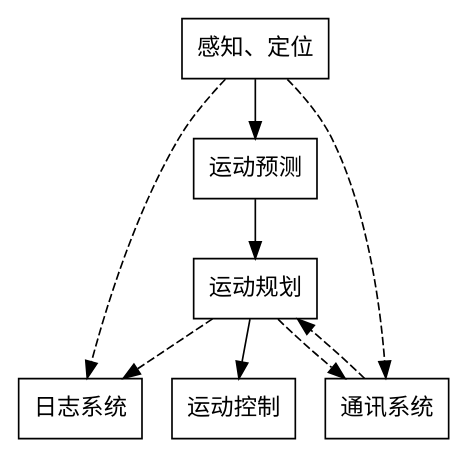
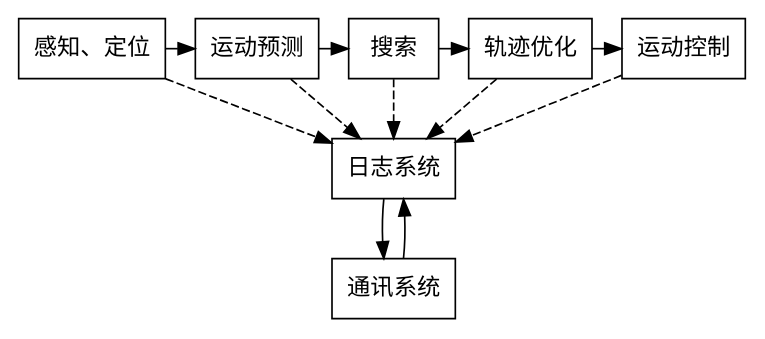
One commit to darkthecross/motion_planning_notes changed the diagram in resources_1/mobile_robot_arch.dot. Above: the diagram before and after it, drawn with Graphviz. The commit also changed 4 other files, not shown here.

```diff
--- a/resources_1/mobile_robot_arch.dot
+++ b/resources_1/mobile_robot_arch.dot
@@ -1,19 +1,34 @@
 digraph {
     "感知、定位" [shape=box]
-    "运动预测" [shape=box]
-    "运动规划" [shape=box]
-    "运动控制" [shape=box]
+
     "日志系统" [shape=box]
     "通讯系统" [shape=box]
 
-    "感知、定位" -> "运动预测"
-    "运动预测" -> "运动规划"
-    "运动规划" -> "运动控制"
+
+    subgraph "运动规划" {
+        rank=same
+        style=filled
+		bgcolor=lightgrey
+        label="运动规划"
+
+        "运动预测" [shape=box]
+        "运动控制" [shape=box]
+        "搜索" [shape=box]
+        "轨迹优化" [shape=box]
+
+        "感知、定位" -> "运动预测"
+        "运动预测" -> "搜索"
+        "搜索" -> "轨迹优化"
+        "轨迹优化" -> "运动控制"
+    }
 
     "感知、定位" -> "日志系统" [style=dashed]
-    "感知、定位" -> "通讯系统" [style=dashed]
 
-    "运动规划" -> "日志系统" [style=dashed]
-    "运动规划" -> "通讯系统" [style=dashed]
-    "通讯系统" -> "运动规划" [style=dashed]
+    "运动预测" -> "日志系统" [style=dashed]
+    "搜索" -> "日志系统" [style=dashed]
+    "轨迹优化" -> "日志系统" [style=dashed]
+    "运动控制" -> "日志系统" [style=dashed]
+
+    "日志系统" -> "通讯系统"
+    "通讯系统" -> "日志系统"
 }
```
